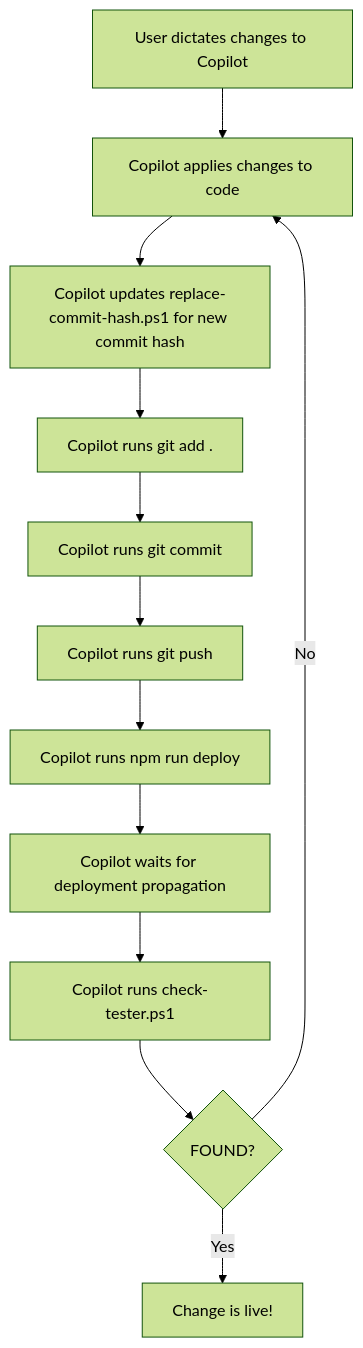
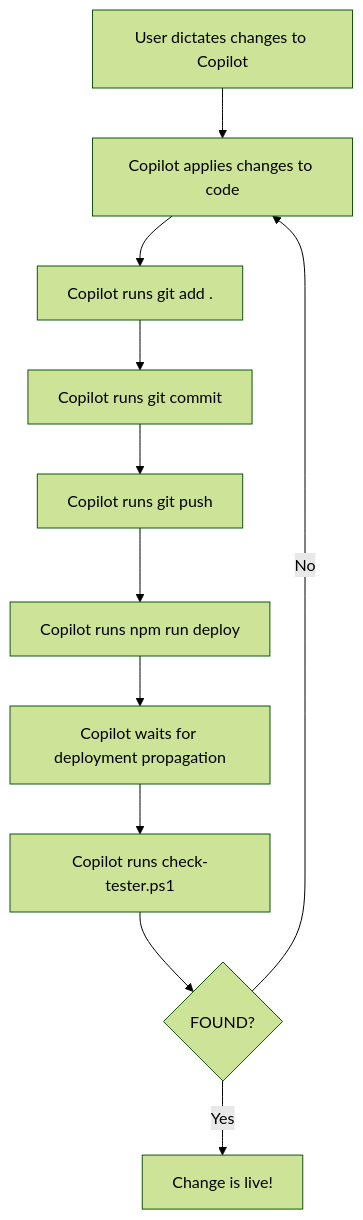
One commit to shapez0r/agentai_repo changed the second of 2 diagrams in README.md. Above: the diagram before and after it, drawn with Mermaid (forest theme). The commit also changed other lines of this file and 2 other files, not shown here.

Commit message:
Removed references to replace-commit-hash.ps1 from README.md

````diff
--- a/README.md
+++ b/README.md
@@ -74,26 +69,24 @@
 ```mermaid
 flowchart TD
     A[User dictates changes to Copilot]
     B[Copilot applies changes to code]
-    C[Copilot updates replace-commit-hash.ps1 for new commit hash]
-    D[Copilot runs git add .]
-    E[Copilot runs git commit]
-    F[Copilot runs git push]
-    G[Copilot runs npm run deploy]
-    H[Copilot waits for deployment propagation]
-    I[Copilot runs check-tester.ps1]
-    J{FOUND?}
-    K[Change is live!]
+    C[Copilot runs git add .]
+    D[Copilot runs git commit]
+    E[Copilot runs git push]
+    F[Copilot runs npm run deploy]
+    G[Copilot waits for deployment propagation]
+    H[Copilot runs check-tester.ps1]
+    I{FOUND?}
+    J[Change is live!]
 
     A --> B
     B --> C
     C --> D
     D --> E
     E --> F
     F --> G
     G --> H
     H --> I
-    I --> J
-    J -- Yes --> K
-    J -- No --> B
+    I -- Yes --> J
+    I -- No --> B
 ```
````
